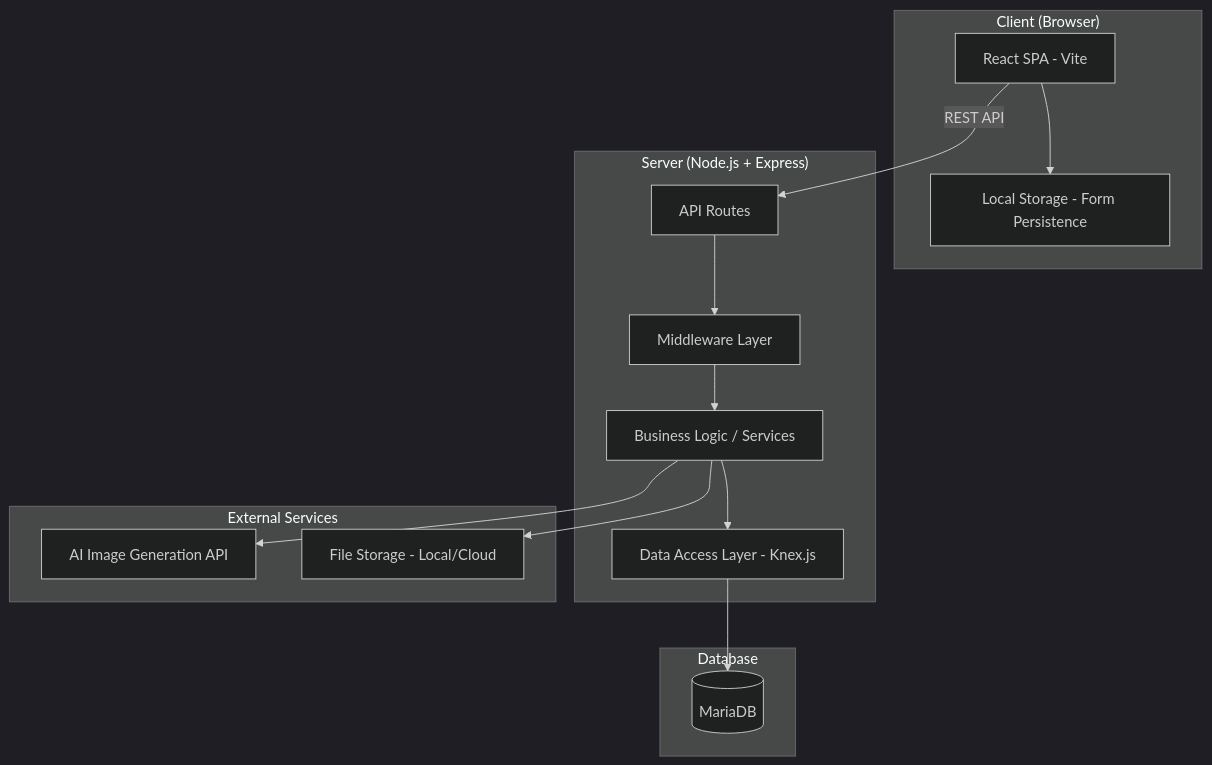
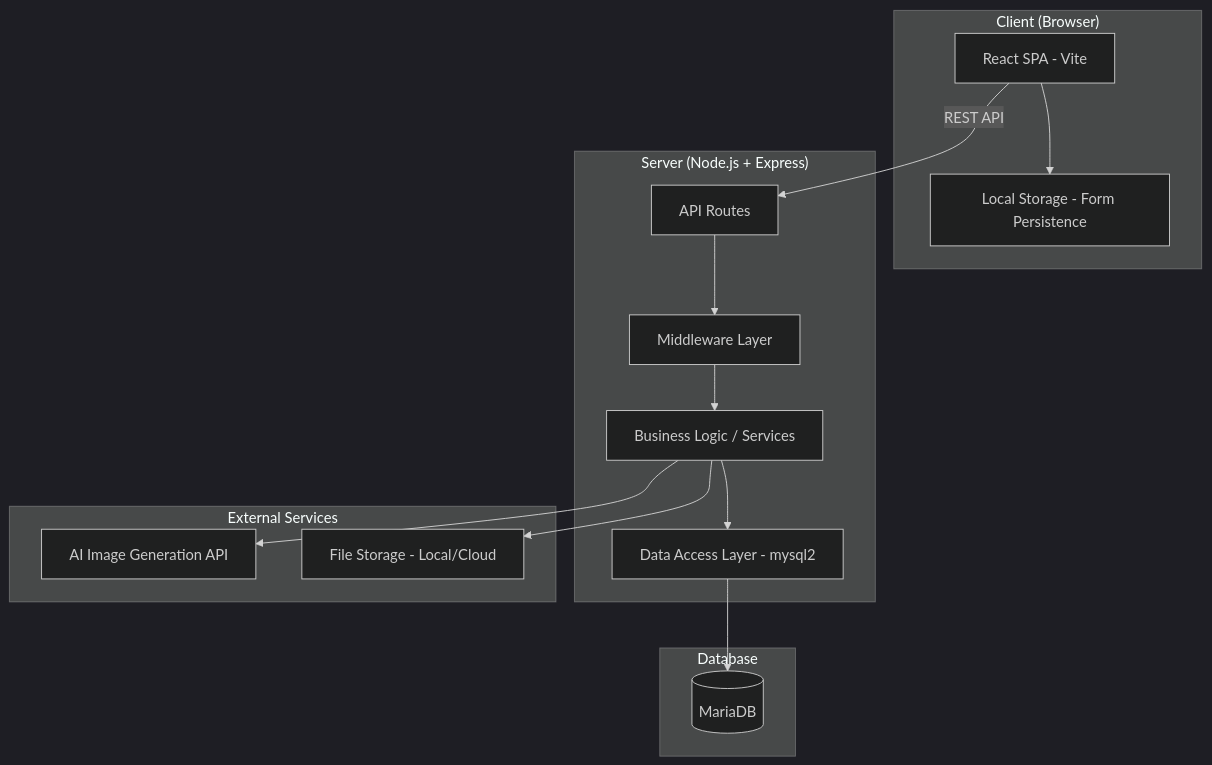
One commit to AvalonleFae/mykek changed the first of 4 diagrams in .kiro/specs/mykek-cake-ordering-system/design.md. Above: the diagram before and after it, drawn with Mermaid (dark theme). The commit also changed other lines of this file and 40 other files, not shown here.

````diff
--- a/.kiro/specs/mykek-cake-ordering-system/design.md
+++ b/.kiro/specs/mykek-cake-ordering-system/design.md
@@ -37,32 +37,32 @@
 ```mermaid
 graph TB
     subgraph "Client (Browser)"
         A[React SPA - Vite]
         B[Local Storage - Form Persistence]
     end
 
     subgraph "Server (Node.js + Express)"
         C[API Routes]
         D[Middleware Layer]
         E[Business Logic / Services]
-        F[Data Access Layer - Knex.js]
+        F[Data Access Layer - mysql2]
     end
 
     subgraph "External Services"
         G[AI Image Generation API]
         H[File Storage - Local/Cloud]
     end
 
     subgraph "Database"
         I[(MariaDB)]
     end
 
     A -->|REST API| C
     A --> B
     C --> D
     D --> E
     E --> F
     E --> G
     E --> H
     F --> I
 ```
````
